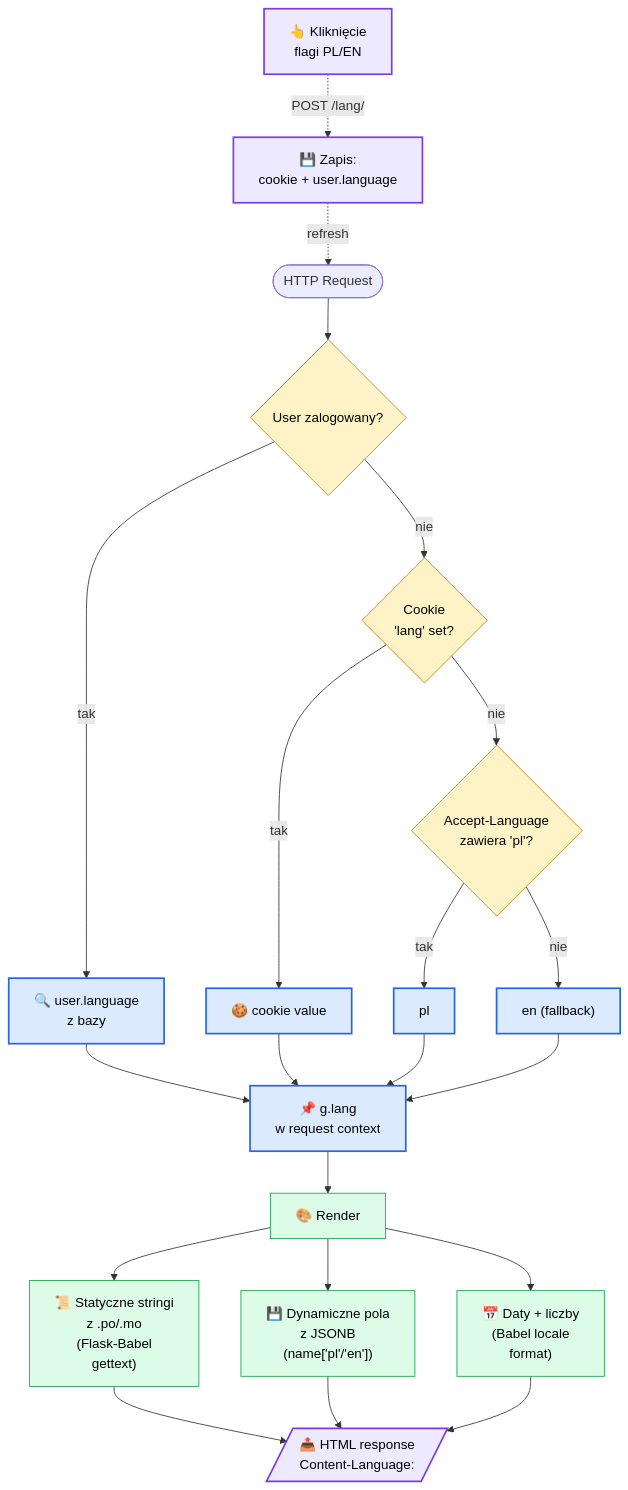
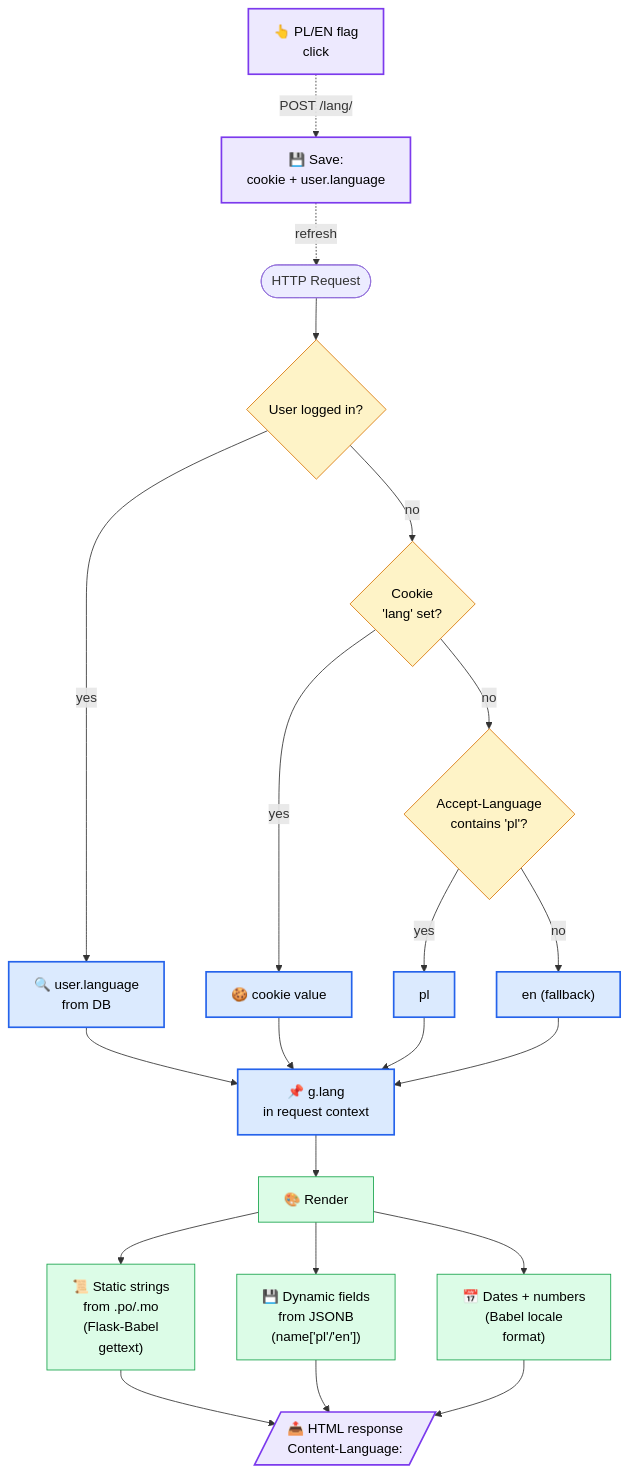
The ninth of 10 diagrams in 02-diagramy-architektury.md (AmigoUK/qms-bakery), drawn with Mermaid before and after one commit. The commit also changed other lines of this file and 1 other file, not shown here.

First line of the commit message:
Translate architecture docs (01-, 02-) from Polish to English

````diff
--- a/02-diagramy-architektury.md
+++ b/02-diagramy-architektury.md
@@ -551,38 +551,38 @@
 ```mermaid
 flowchart TB
-    REQ([HTTP Request]) --> M1{"User zalogowany?"}
-    M1 -->|tak| U_PREF["🔍 user.language<br/>z bazy"]
-    M1 -->|nie| COOKIE{"Cookie<br/>'lang' set?"}
-    COOKIE -->|tak| C_LANG["🍪 cookie value"]
-    COOKIE -->|nie| HEADER{"Accept-Language<br/>zawiera 'pl'?"}
-    HEADER -->|tak| PL_DEF["pl"]
-    HEADER -->|nie| EN_DEF["en (fallback)"]
+    REQ([HTTP Request]) --> M1{"User logged in?"}
+    M1 -->|yes| U_PREF["🔍 user.language<br/>from DB"]
+    M1 -->|no| COOKIE{"Cookie<br/>'lang' set?"}
+    COOKIE -->|yes| C_LANG["🍪 cookie value"]
+    COOKIE -->|no| HEADER{"Accept-Language<br/>contains 'pl'?"}
+    HEADER -->|yes| PL_DEF["pl"]
+    HEADER -->|no| EN_DEF["en (fallback)"]
 
-    U_PREF --> CTX["📌 g.lang<br/>w request context"]
+    U_PREF --> CTX["📌 g.lang<br/>in request context"]
     C_LANG --> CTX
     PL_DEF --> CTX
     EN_DEF --> CTX
 
     CTX --> RENDER["🎨 Render"]
 
-    RENDER --> STATIC["📜 Statyczne stringi<br/>z .po/.mo<br/>(Flask-Babel<br/>gettext)"]
-    RENDER --> DYNAMIC["💾 Dynamiczne pola<br/>z JSONB<br/>(name['pl'/'en'])"]
-    RENDER --> DT["📅 Daty + liczby<br/>(Babel locale<br/>format)"]
+    RENDER --> STATIC["📜 Static strings<br/>from .po/.mo<br/>(Flask-Babel<br/>gettext)"]
+    RENDER --> DYNAMIC["💾 Dynamic fields<br/>from JSONB<br/>(name['pl'/'en'])"]
+    RENDER --> DT["📅 Dates + numbers<br/>(Babel locale<br/>format)"]
 
     STATIC --> RESP[/"📤 HTML response<br/>Content-Language: <lang>"/]
     DYNAMIC --> RESP
     DT --> RESP
 
-    SWITCH["👆 Kliknięcie<br/>flagi PL/EN"] -.->|POST /lang/<code>| SET["💾 Zapis:<br/>cookie + user.language"]
+    SWITCH["👆 PL/EN flag<br/>click"] -.->|POST /lang/<code>| SET["💾 Save:<br/>cookie + user.language"]
     SET -.refresh.-> REQ
 
     classDef detect fill:#fef3c7,stroke:#d97706,stroke-width:1px,color:#000
     classDef ctx fill:#dbeafe,stroke:#2563eb,stroke-width:2px,color:#000
     classDef render fill:#dcfce7,stroke:#16a34a,stroke-width:1px,color:#000
     classDef out fill:#ede9fe,stroke:#7c3aed,stroke-width:2px,color:#000
 
     class M1,COOKIE,HEADER detect
     class CTX,U_PREF,C_LANG,PL_DEF,EN_DEF ctx
     class STATIC,DYNAMIC,DT,RENDER render
     class RESP,SET,SWITCH out
 ```
````
